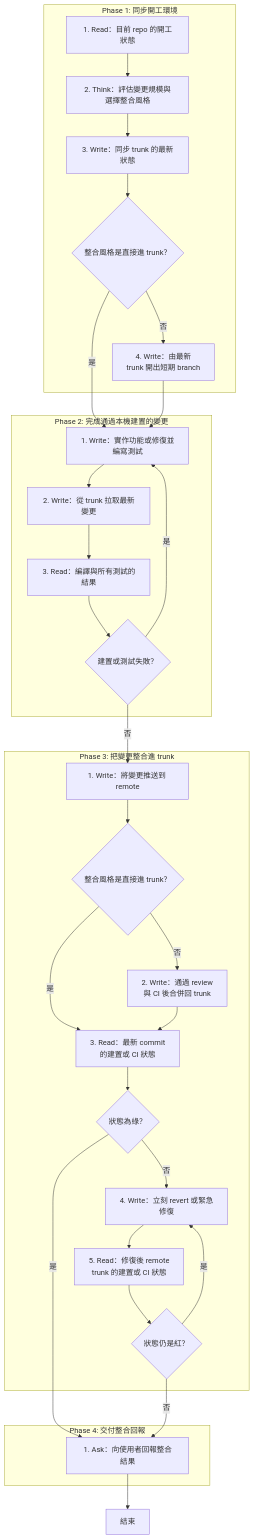
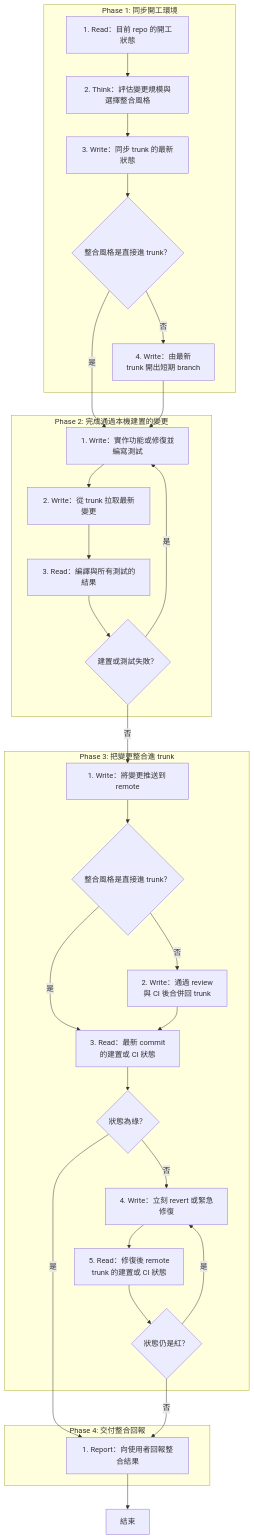
One commit to AI-x-BDD/BDGG-Dev-Skills changed the diagram in .claude/skills/trunk-based-development/SKILL.md. Above: the diagram before and after it, drawn with Mermaid. The commit also changed other lines of this file and 13 other files, not shown here.

````diff
--- a/.claude/skills/trunk-based-development/SKILL.md
+++ b/.claude/skills/trunk-based-development/SKILL.md
@@ -32,53 +32,53 @@
 ```mermaid
 flowchart TD
     subgraph P1["Phase 1: 同步開工環境"]
         P1S1["1. Read：目前 repo 的開工狀態"]
         P1S2["2. Think：評估變更規模與選擇整合風格"]
         P1S3["3. Write：同步 trunk 的最新狀態"]
         G_P1S3_1{"整合風格是直接進 trunk？"}
         P1S4["4. Write：由最新<br/>trunk 開出短期 branch"]
     end
     subgraph P2["Phase 2: 完成通過本機建置的變更"]
         P2S1["1. Write：實作功能或修復並編寫測試"]
         P2S2["2. Write：從 trunk 拉取最新變更"]
         P2S3["3. Read：編譯與所有測試的結果"]
         G_P2S3_1{"建置或測試失敗？"}
     end
     subgraph P3["Phase 3: 把變更整合進 trunk"]
         P3S1["1. Write：將變更推送到 remote"]
         G_P3S1_1{"整合風格是直接進 trunk？"}
         P3S2["2. Write：通過 review<br/>與 CI 後合併回 trunk"]
         P3S3["3. Read：最新 commit<br/>的建置或 CI 狀態"]
         G_P3S3_1{"狀態為綠？"}
         P3S4["4. Write：立刻 revert 或緊急修復"]
         P3S5["5. Read：修復後 remote<br/>trunk 的建置或 CI 狀態"]
         G_P3S5_1{"狀態仍是紅？"}
     end
     subgraph P4["Phase 4: 交付整合回報"]
-        P4S1["1. Ask：向使用者回報整合結果"]
+        P4S1["1. Report：向使用者回報整合結果"]
     end
     End["結束"]
     P1S1 --> P1S2
     P1S2 --> P1S3
     P1S3 --> G_P1S3_1
     G_P1S3_1 -->|是| P2S1
     G_P1S3_1 -->|否| P1S4
     P1S4 --> P2S1
     P2S1 --> P2S2
     P2S2 --> P2S3
     P2S3 --> G_P2S3_1
     G_P2S3_1 -->|是| P2S1
     G_P2S3_1 -->|否| P3S1
     P3S1 --> G_P3S1_1
     G_P3S1_1 -->|是| P3S3
     G_P3S1_1 -->|否| P3S2
     P3S2 --> P3S3
     P3S3 --> G_P3S3_1
     G_P3S3_1 -->|是| P4S1
     G_P3S3_1 -->|否| P3S4
     P3S4 --> P3S5
     P3S5 --> G_P3S5_1
     G_P3S5_1 -->|是| P3S4
     G_P3S5_1 -->|否| P4S1
     P4S1 --> End
 ```
````
